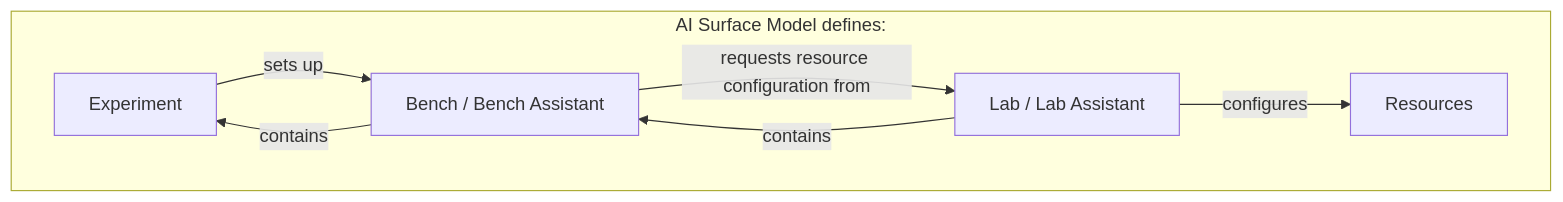
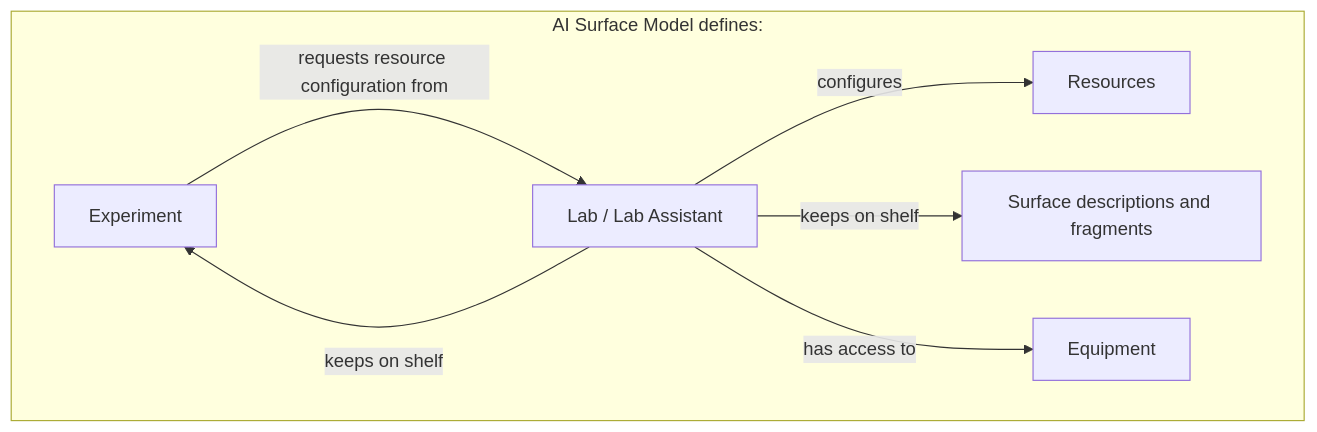
One commit to injectionator/ai-surface-model changed the diagram in models/README.md. Above: the diagram before and after it, drawn with Mermaid. The commit also changed other lines of this file and 10 other files, not shown here.

Commit message:
docs: clarify Lab shelf and persistent context

````diff
--- a/models/README.md
+++ b/models/README.md
@@ -39,15 +39,16 @@
 ```mermaid
 flowchart TB
     subgraph ASM["AI Surface Model defines:"]
         Experiment["Experiment"]
-        Bench["Bench / Bench Assistant"]
         Lab["Lab / Lab Assistant"]
+        Shelf["Surface descriptions and fragments"]
+        Equipment["Equipment"]
 
-        Experiment -->|sets up| Bench
-        Bench -->|requests resource configuration from| Lab
+        Experiment -->|requests resource configuration from| Lab
         Lab -->|configures| Resources
 
-        Bench -->|contains| Experiment
-        Lab -->|contains| Bench
+        Lab -->|keeps on shelf| Experiment
+        Lab -->|keeps on shelf| Shelf
+        Lab -->|has access to| Equipment
     end
 ```
````
